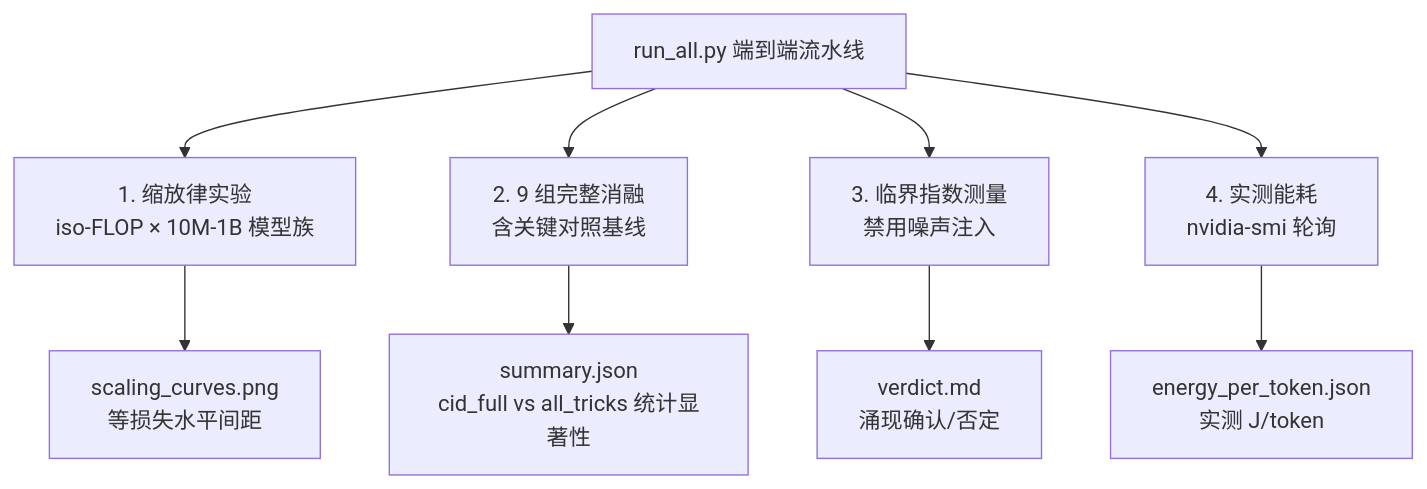
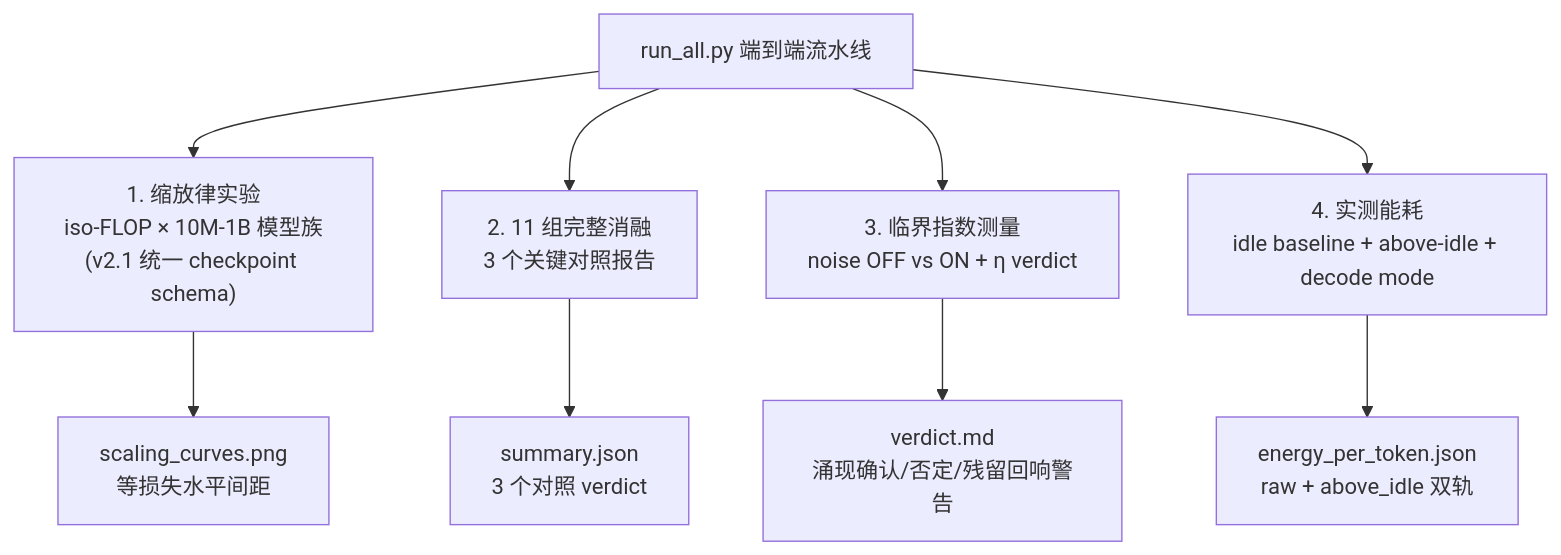
The diagram in README.md (gwailee/uid), drawn with Mermaid before and after one commit. The commit also changed other lines of this file, not shown here.

````diff
--- a/README.md
+++ b/README.md
@@ -329,12 +445,12 @@
 ```mermaid
 flowchart TD
-    A["run_all.py 端到端流水线"] --> B["1. 缩放律实验<br/>iso-FLOP × 10M-1B 模型族"]
-    A --> C["2. 9 组完整消融<br/>含关键对照基线"]
-    A --> D["3. 临界指数测量<br/>禁用噪声注入"]
-    A --> E["4. 实测能耗<br/>nvidia-smi 轮询"]
+    A["run_all.py 端到端流水线"] --> B["1. 缩放律实验<br/>iso-FLOP × 10M-1B 模型族<br/>(v2.1 统一 checkpoint schema)"]
+    A --> C["2. 11 组完整消融<br/>3 个关键对照报告"]
+    A --> D["3. 临界指数测量<br/>noise OFF vs ON + η verdict"]
+    A --> E["4. 实测能耗<br/>idle baseline + above-idle + decode mode"]
 
     B --> F["scaling_curves.png<br/>等损失水平间距"]
-    C --> G["summary.json<br/>cid_full vs all_tricks 统计显著性"]
-    D --> H["verdict.md<br/>涌现确认/否定"]
-    E --> I["energy_per_token.json<br/>实测 J/token"]
+    C --> G["summary.json<br/>3 个对照 verdict"]
+    D --> H["verdict.md<br/>涌现确认/否定/残留回响警告"]
+    E --> I["energy_per_token.json<br/>raw + above_idle 双轨"]
 ```
````
